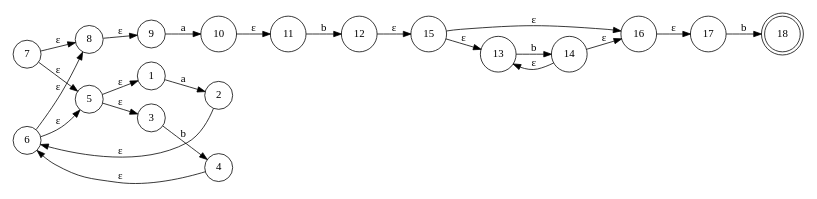
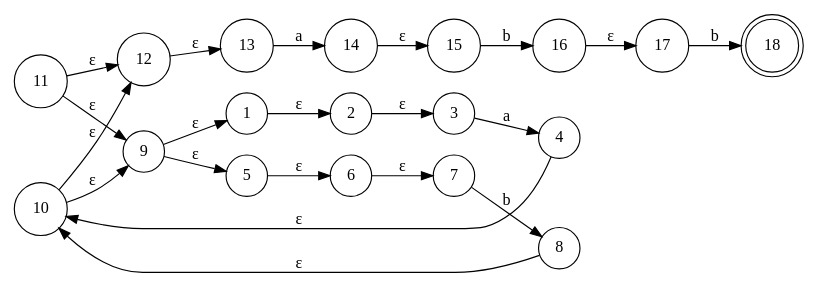
Before and after one commit to DaronP/Proyecto_Automatas: the diagram in proyecto1/thomson.gv, drawn with Graphviz. The commit also changed 8 other files, not shown here.

```diff
--- a/proyecto1/thomson.gv
+++ b/proyecto1/thomson.gv
@@ -1,28 +1,26 @@
 digraph finite_state_machine {
 	rankdir=LR size="8,5"
 	node [shape=doublecircle]
 	18
 	node [shape=circle]
-	1 -> 2 [label=a]
-	2 -> 6 [label="ε"]
-	3 -> 4 [label=b]
-	4 -> 6 [label="ε"]
-	5 -> 1 [label="ε"]
-	5 -> 3 [label="ε"]
-	6 -> 5 [label="ε"]
-	6 -> 8 [label="ε"]
-	7 -> 5 [label="ε"]
-	7 -> 8 [label="ε"]
-	8 -> 9 [label="ε"]
-	9 -> 10 [label=a]
-	10 -> 11 [label="ε"]
-	11 -> 12 [label=b]
-	12 -> 15 [label="ε"]
-	13 -> 14 [label=b]
-	14 -> 13 [label="ε"]
-	14 -> 16 [label="ε"]
-	15 -> 13 [label="ε"]
-	15 -> 16 [label="ε"]
+	1 -> 2 [label="ε"]
+	2 -> 3 [label="ε"]
+	3 -> 4 [label=a]
+	4 -> 10 [label="ε"]
+	5 -> 6 [label="ε"]
+	6 -> 7 [label="ε"]
+	7 -> 8 [label=b]
+	8 -> 10 [label="ε"]
+	9 -> 1 [label="ε"]
+	9 -> 5 [label="ε"]
+	10 -> 9 [label="ε"]
+	10 -> 12 [label="ε"]
+	11 -> 9 [label="ε"]
+	11 -> 12 [label="ε"]
+	12 -> 13 [label="ε"]
+	13 -> 14 [label=a]
+	14 -> 15 [label="ε"]
+	15 -> 16 [label=b]
 	16 -> 17 [label="ε"]
 	17 -> 18 [label=b]
 }
```
